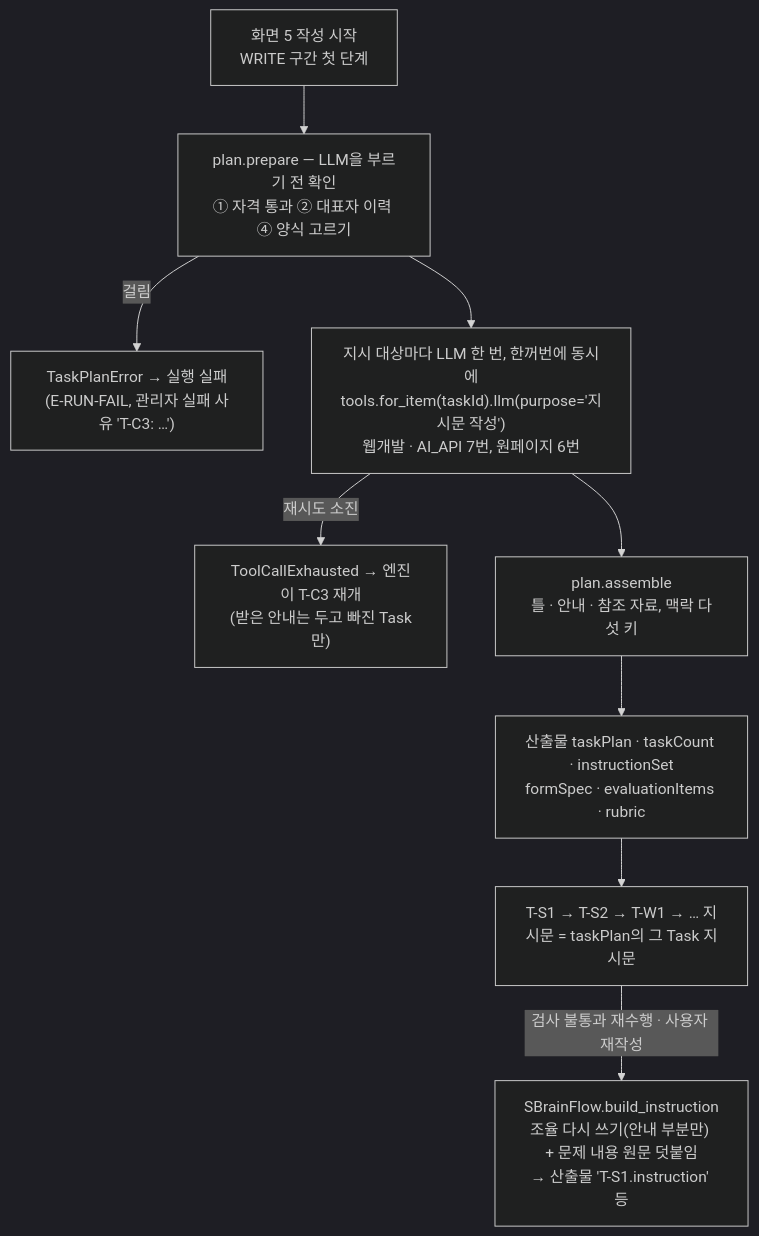
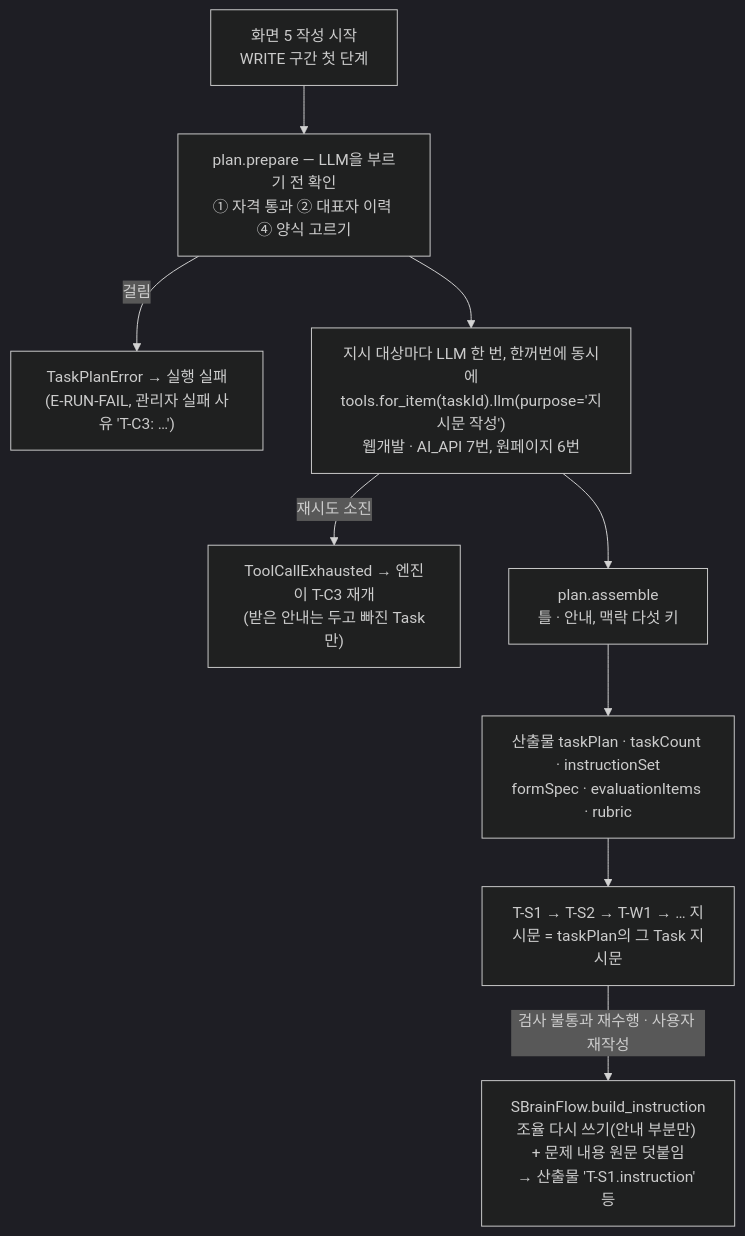
One commit to SKNETWORKS-FAMILY-AICAMP/SKN32-FINAL-1TEAM changed the diagram in agent-orchestration/docs/T-C3_작업분해_구현.md. Above: the diagram before and after it, drawn with Mermaid (dark theme). The commit also changed other lines of this file and 63 other files, not shown here.

````diff
--- a/agent-orchestration/docs/T-C3_작업분해_구현.md
+++ b/agent-orchestration/docs/T-C3_작업분해_구현.md
@@ -25,11 +25,11 @@
 ```mermaid
 flowchart TD
   W["화면 5 작성 시작<br/>WRITE 구간 첫 단계"] --> P["plan.prepare — LLM을 부르기 전 확인<br/>① 자격 통과 ② 대표자 이력 ④ 양식 고르기"]
   P -- 걸림 --> X1["TaskPlanError → 실행 실패<br/>(E-RUN-FAIL, 관리자 실패 사유 'T-C3: …')"]
   P --> L["지시 대상마다 LLM 한 번, 한꺼번에 동시에<br/>tools.for_item(taskId).llm(purpose='지시문 작성')<br/>웹개발 · AI_API 7번, 원페이지 6번"]
   L -- 재시도 소진 --> X2["ToolCallExhausted → 엔진이 T-C3 재개<br/>(받은 안내는 두고 빠진 Task만)"]
-  L --> A["plan.assemble<br/>틀 · 안내 · 참조 자료, 맥락 다섯 키"]
+  L --> A["plan.assemble<br/>틀 · 안내, 맥락 다섯 키"]
   A --> O["산출물 taskPlan · taskCount · instructionSet<br/>formSpec · evaluationItems · rubric"]
   O --> N["T-S1 → T-S2 → T-W1 → … 지시문 = taskPlan의 그 Task 지시문"]
   N -- "검사 불통과 재수행 · 사용자 재작성" --> R["SBrainFlow.build_instruction<br/>조율 다시 쓰기(안내 부분만) + 문제 내용 원문 덧붙임<br/>→ 산출물 'T-S1.instruction' 등"]
 ```
````
